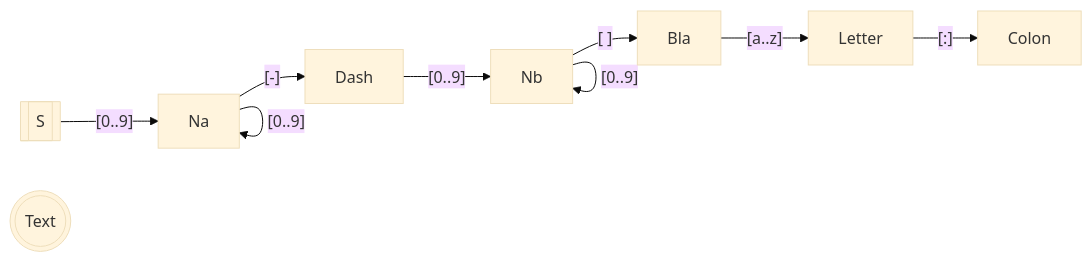
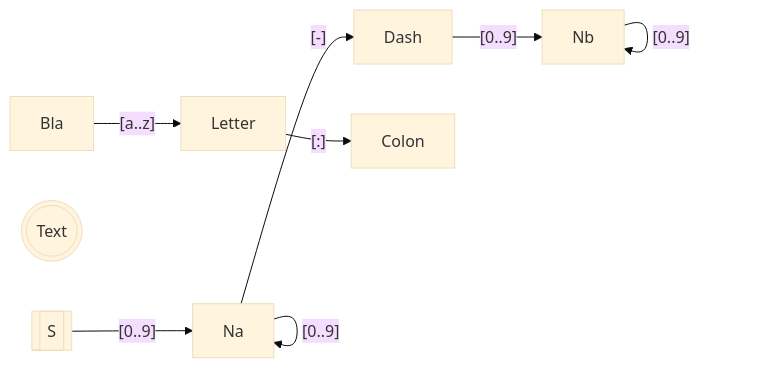
Before and after one commit to jepoen/screencasts: the second of 2 diagrams in rust/adventofcode-2020/day02/README.md, drawn with Mermaid (base theme).

Commit message:
test mermaid

```diff
--- a/rust/adventofcode-2020/day02/README.md
+++ b/rust/adventofcode-2020/day02/README.md
@@ -45,14 +45,13 @@
 ~~~mermaid
 flowchart LR;
 S[[S]];
 Text(((Text)));
 
 S-->|"[0..9]"|Na;
 Na-->|"[0..9]"|Na;
 Na-->|"[-]"|Dash;
 Dash-->|"[0..9]"|Nb;
 Nb-->|"[0..9]"|Nb;
-Nb-->|"[ ]"|Bla;
 Bla-->|"[a..z]"|Letter;
 Letter-->|"[:]"|Colon;
 ~~~
```
